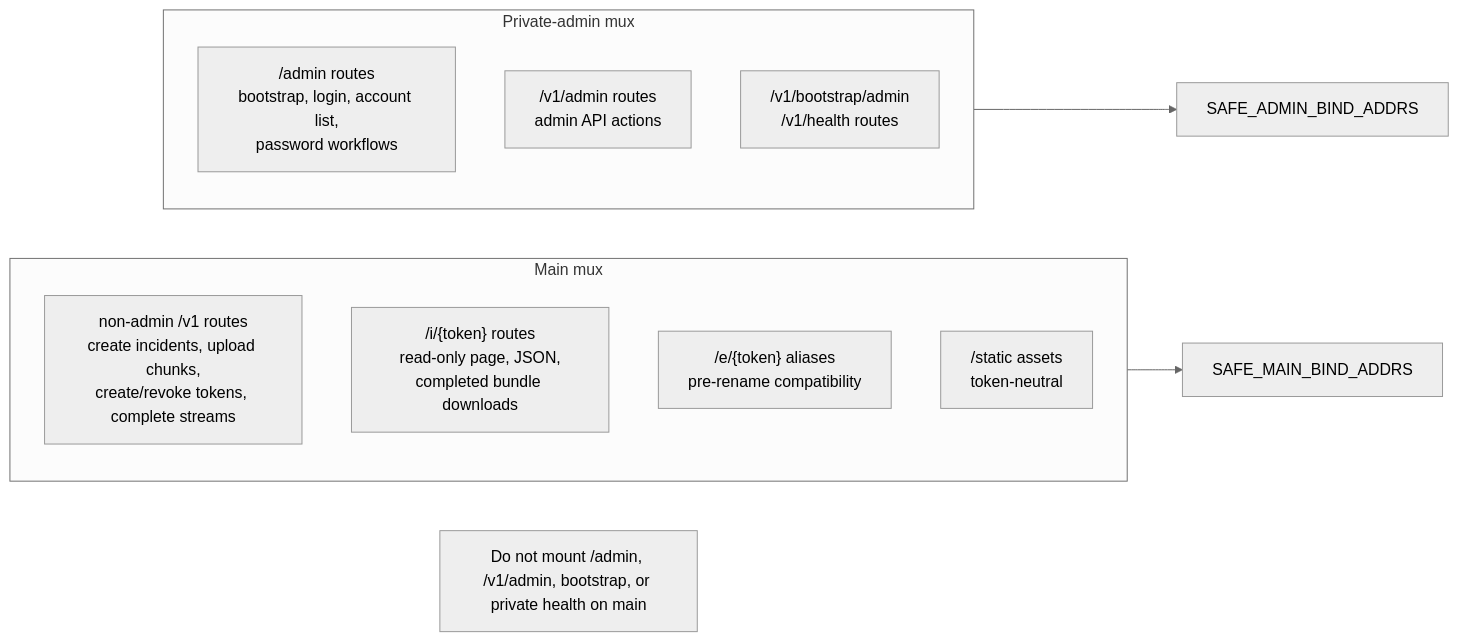
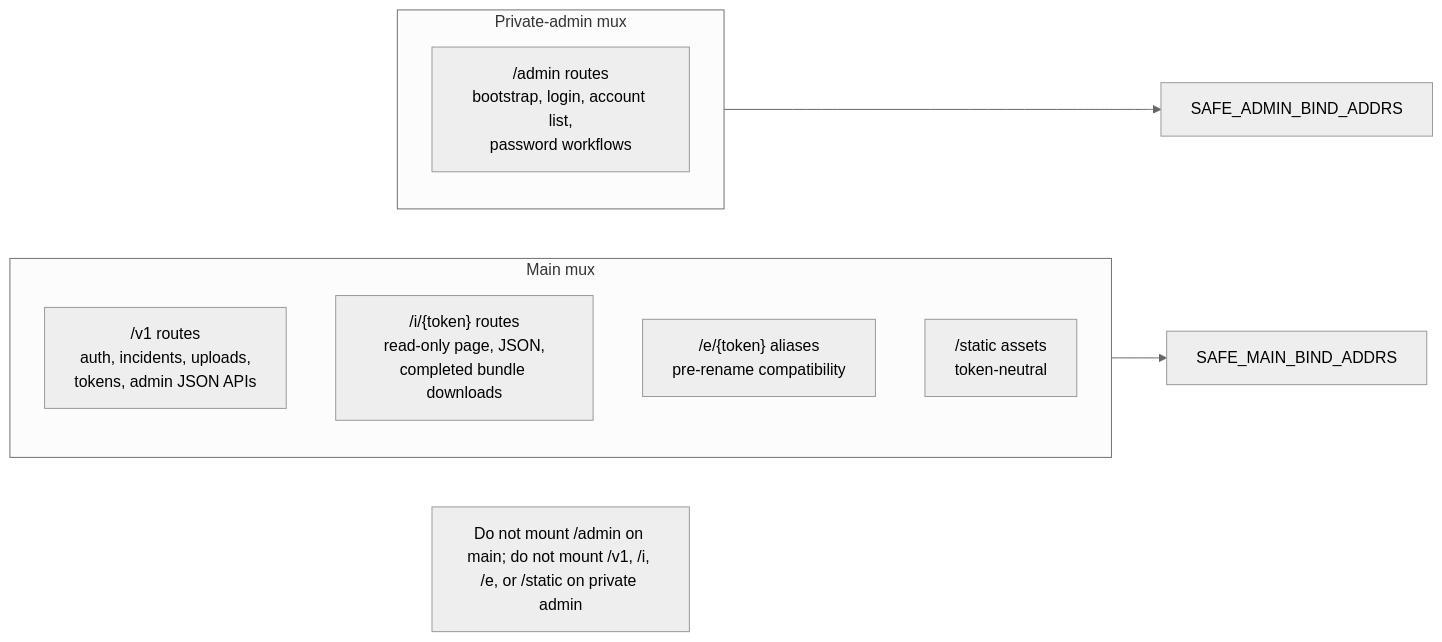
One commit to open-proofline/server changed the fourth of 4 diagrams in docs/architecture.md. Above: the diagram before and after it, drawn with Mermaid (neutral theme). The commit also changed other lines of this file and 31 other files, not shown here.

Commit message:
Keep admin dashboard on private listener

````diff
--- a/docs/architecture.md
+++ b/docs/architecture.md
@@ -169,20 +166,18 @@
 ```mermaid
 flowchart LR
     subgraph MainMux["Main mux"]
-        V1["non-admin /v1 routes<br/>create incidents, upload chunks,<br/>create/revoke tokens, complete streams"]
+        V1["/v1 routes<br/>auth, incidents, uploads,<br/>tokens, admin JSON APIs"]
         Viewer["/i/{token} routes<br/>read-only page, JSON,<br/>completed bundle downloads"]
         LegacyViewer["/e/{token} aliases<br/>pre-rename compatibility"]
         Static["/static assets<br/>token-neutral"]
     end
 
     subgraph AdminMux["Private-admin mux"]
         AdminWeb["/admin routes<br/>bootstrap, login, account list,<br/>password workflows"]
-        AdminAPI["/v1/admin routes<br/>admin API actions"]
-        BootstrapHealth["/v1/bootstrap/admin<br/>/v1/health routes"]
     end
 
     MainMux --> MainBind["SAFE_MAIN_BIND_ADDRS"]
     AdminMux --> AdminBind["SAFE_ADMIN_BIND_ADDRS"]
 
-    Warning["Do not mount /admin, /v1/admin, bootstrap, or private health on main"]
+    Warning["Do not mount /admin on main; do not mount /v1, /i, /e, or /static on private admin"]
 ```
````
